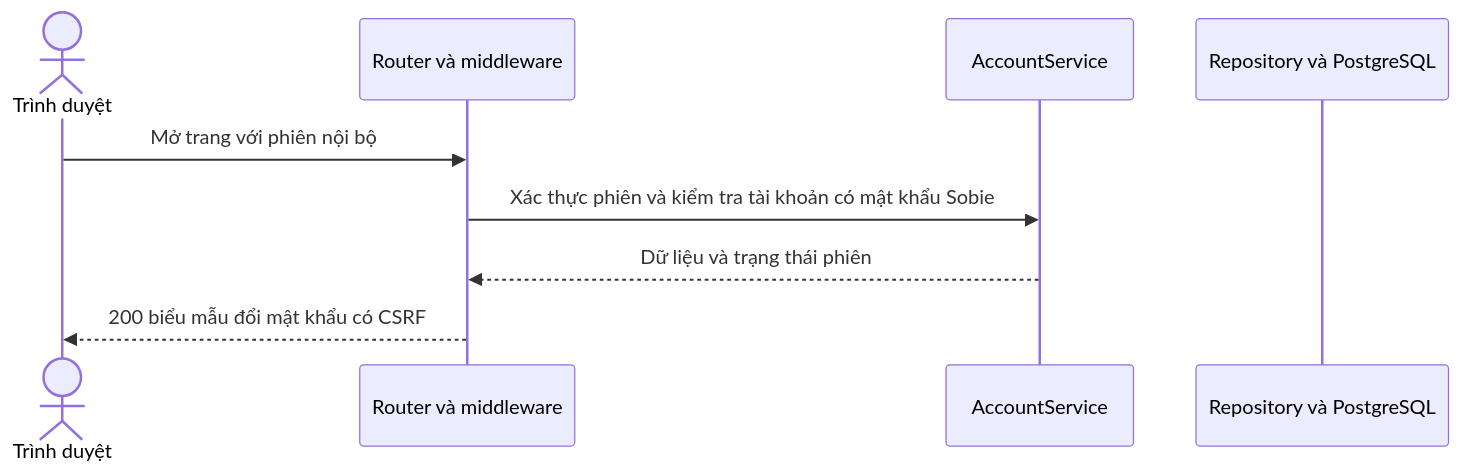
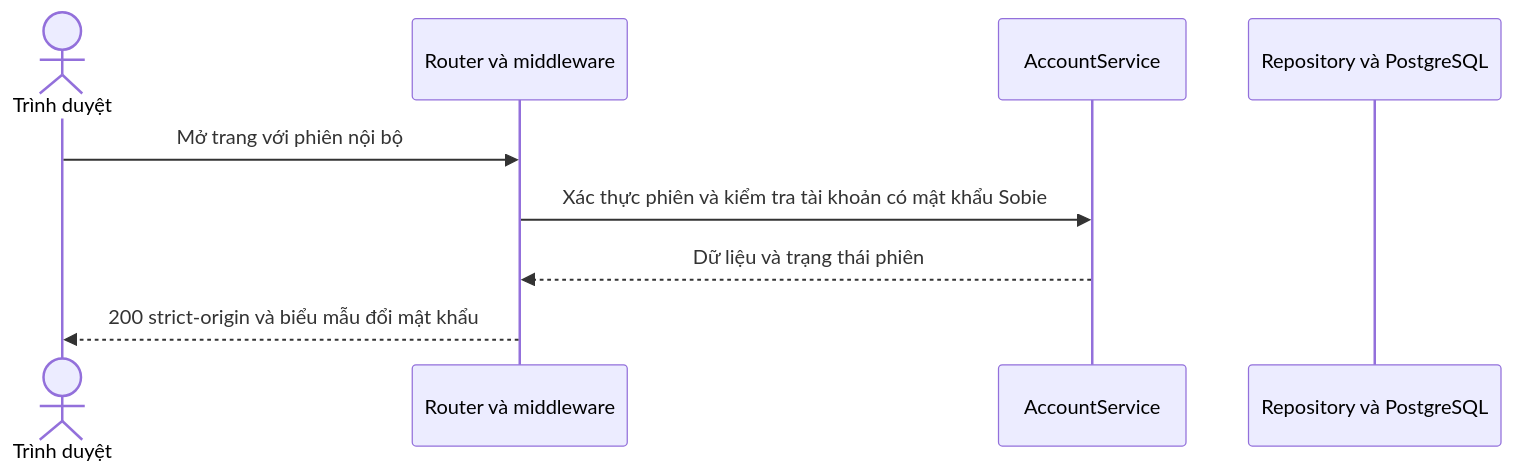
Before and after one commit to thanhklt/sobie-swimwear-e-commerce: the diagram in docs/sequence/identity/get-admin-password.md, drawn with Mermaid. The commit also changed 27 other files, not shown here.

First line of the commit message:
refactor(identity): drop CSRF token, enforce Origin on all write requests

````diff
--- a/docs/sequence/identity/get-admin-password.md
+++ b/docs/sequence/identity/get-admin-password.md
@@ -5,11 +5,11 @@
 ```mermaid
 sequenceDiagram
     actor Browser as Trình duyệt
     participant Route as Router và middleware
     participant Service as AccountService
     participant Data as Repository và PostgreSQL
     Browser->>Route: Mở trang với phiên nội bộ
     Route->>Service: Xác thực phiên và kiểm tra tài khoản có mật khẩu Sobie
     Service-->>Route: Dữ liệu và trạng thái phiên
-    Route-->>Browser: 200 biểu mẫu đổi mật khẩu có CSRF
+    Route-->>Browser: 200 strict-origin và biểu mẫu đổi mật khẩu
 ```
````
